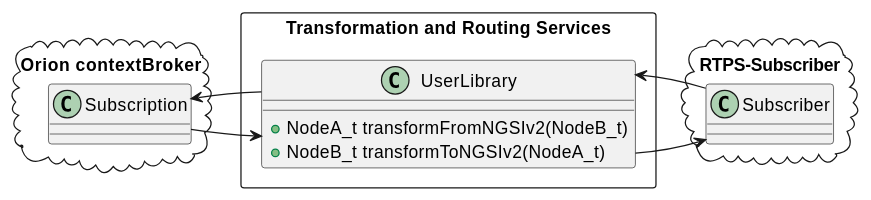
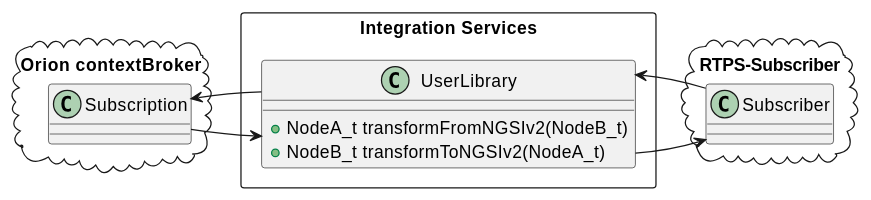
One commit to eProsima/FIROS2 changed the diagram in README.md. Above: the diagram before and after it, drawn with PlantUML. The commit also changed other lines of this file and 22 other files, not shown here.

````diff
--- a/README.md
+++ b/README.md
@@ -7,26 +7,26 @@
 ```plantuml
 @startuml
 
 package "Orion contextBroker" <<Cloud>> {
     class Subscription
 }
 
-package "Transformation and Routing Services" <<Rectangle>> {
+package "Integration Services" <<Rectangle>> {
     class UserLibrary {
         +NodeA_t transformFromNGSIv2(NodeB_t)
         +NodeB_t transformToNGSIv2(NodeA_t)
     }
 }
 
 Subscription -right-> UserLibrary
 Subscription <-right- UserLibrary
 
 package "RTPS-Subscriber" <<Cloud>> {
     class Subscriber
 }
 
 UserLibrary -left-> Subscriber
 UserLibrary <-left- Subscriber
 
 @enduml
 ```
````
